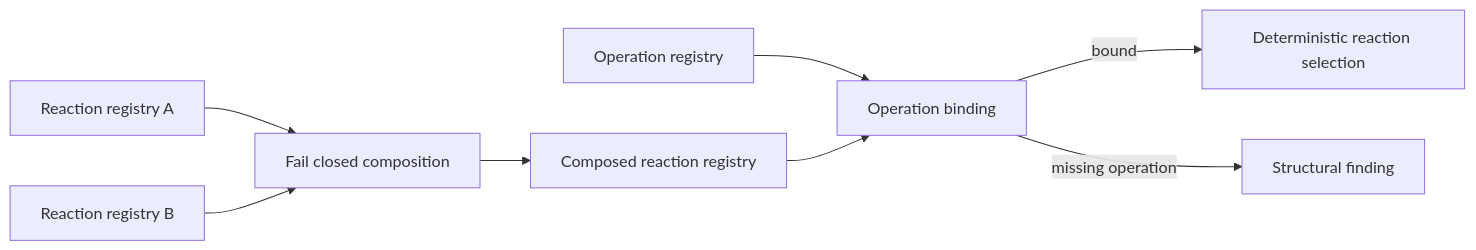
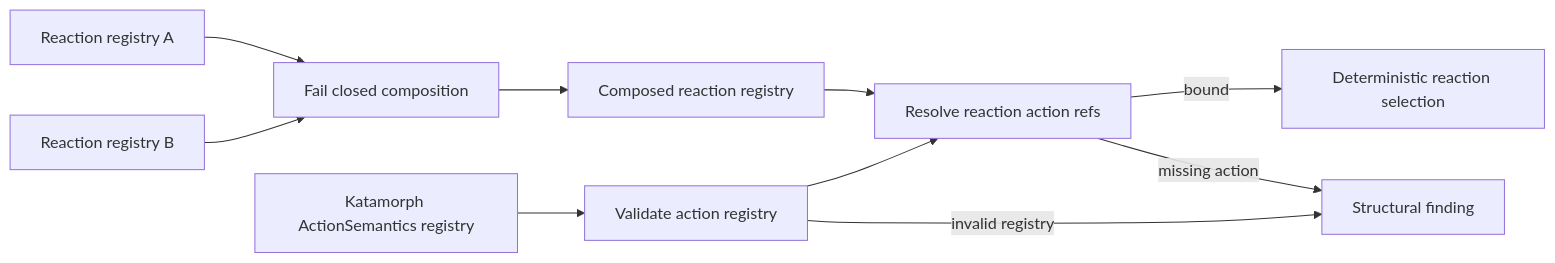
The diagram in docs/architecture/workflows/reaction-registry-flow.mmd (open-hax/foresight), drawn with Mermaid before and after one commit.

Commit message:
docs(alpha): show Katamorph action authority

```diff
--- a/docs/architecture/workflows/reaction-registry-flow.mmd
+++ b/docs/architecture/workflows/reaction-registry-flow.mmd
@@ -1,8 +1,10 @@
 flowchart LR
   A[Reaction registry A] --> C[Fail closed composition]
   B[Reaction registry B] --> C
   C --> R[Composed reaction registry]
-  O[Operation registry] --> Bind[Operation binding]
+  K[Katamorph ActionSemantics registry] --> V[Validate action registry]
+  V --> Bind[Resolve reaction action refs]
   R --> Bind
   Bind -->|bound| S[Deterministic reaction selection]
-  Bind -->|missing operation| F[Structural finding]
+  Bind -->|missing action| F[Structural finding]
+  V -->|invalid registry| F
```
